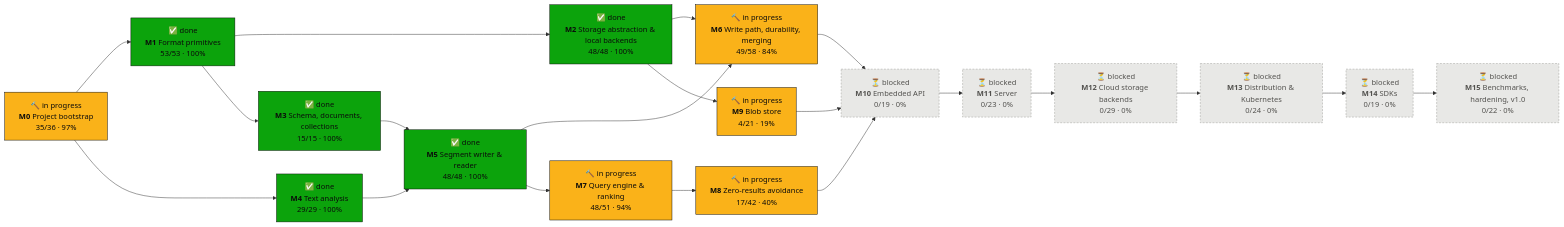
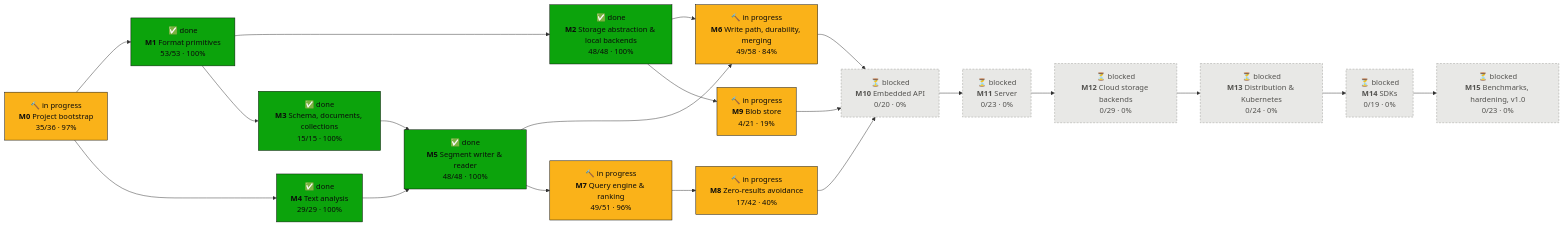
Before and after one commit to tomiok/persiaDB: the first of 2 diagrams in PROGRESS.md, drawn with Mermaid. The commit also changed other lines of this file and 28 other files, not shown here.

First line of the commit message:
feat(engine): term proximity scoring, off by default (ROADMAP 7.3.5)

````diff
--- a/PROGRESS.md
+++ b/PROGRESS.md
@@ -16,42 +16,42 @@
 ```mermaid
 flowchart LR
   M0["🔨 in progress<br/><b>M0</b> Project bootstrap<br/>35/36 · 97%"]:::doing
   M1["✅ done<br/><b>M1</b> Format primitives<br/>53/53 · 100%"]:::done
   M2["✅ done<br/><b>M2</b> Storage abstraction & local backends<br/>48/48 · 100%"]:::done
   M3["✅ done<br/><b>M3</b> Schema, documents, collections<br/>15/15 · 100%"]:::done
   M4["✅ done<br/><b>M4</b> Text analysis<br/>29/29 · 100%"]:::done
   M5["✅ done<br/><b>M5</b> Segment writer & reader<br/>48/48 · 100%"]:::done
   M6["🔨 in progress<br/><b>M6</b> Write path, durability, merging<br/>49/58 · 84%"]:::doing
-  M7["🔨 in progress<br/><b>M7</b> Query engine & ranking<br/>48/51 · 94%"]:::doing
+  M7["🔨 in progress<br/><b>M7</b> Query engine & ranking<br/>49/51 · 96%"]:::doing
   M8["🔨 in progress<br/><b>M8</b> Zero-results avoidance<br/>17/42 · 40%"]:::doing
   M9["🔨 in progress<br/><b>M9</b> Blob store<br/>4/21 · 19%"]:::doing
-  M10["⏳ blocked<br/><b>M10</b> Embedded API<br/>0/19 · 0%"]:::blocked
+  M10["⏳ blocked<br/><b>M10</b> Embedded API<br/>0/20 · 0%"]:::blocked
   M11["⏳ blocked<br/><b>M11</b> Server<br/>0/23 · 0%"]:::blocked
   M12["⏳ blocked<br/><b>M12</b> Cloud storage backends<br/>0/29 · 0%"]:::blocked
   M13["⏳ blocked<br/><b>M13</b> Distribution & Kubernetes<br/>0/24 · 0%"]:::blocked
   M14["⏳ blocked<br/><b>M14</b> SDKs<br/>0/19 · 0%"]:::blocked
-  M15["⏳ blocked<br/><b>M15</b> Benchmarks, hardening, v1.0<br/>0/22 · 0%"]:::blocked
+  M15["⏳ blocked<br/><b>M15</b> Benchmarks, hardening, v1.0<br/>0/23 · 0%"]:::blocked
   M0 --> M1
   M1 --> M2
   M1 --> M3
   M0 --> M4
   M3 --> M5
   M4 --> M5
   M2 --> M6
   M5 --> M6
   M5 --> M7
   M7 --> M8
   M2 --> M9
   M6 --> M10
   M8 --> M10
   M9 --> M10
   M10 --> M11
   M11 --> M12
   M12 --> M13
   M13 --> M14
   M14 --> M15
   classDef done fill:#0ca30c,stroke:#0b0b0b,color:#0b0b0b
   classDef doing fill:#fab219,stroke:#0b0b0b,color:#0b0b0b
   classDef ready fill:#fcfcfb,stroke:#0b0b0b,stroke-width:2px,color:#0b0b0b
   classDef blocked fill:#e8e8e6,stroke:#9a9a96,stroke-dasharray:4 3,color:#52514e
 ```
````
